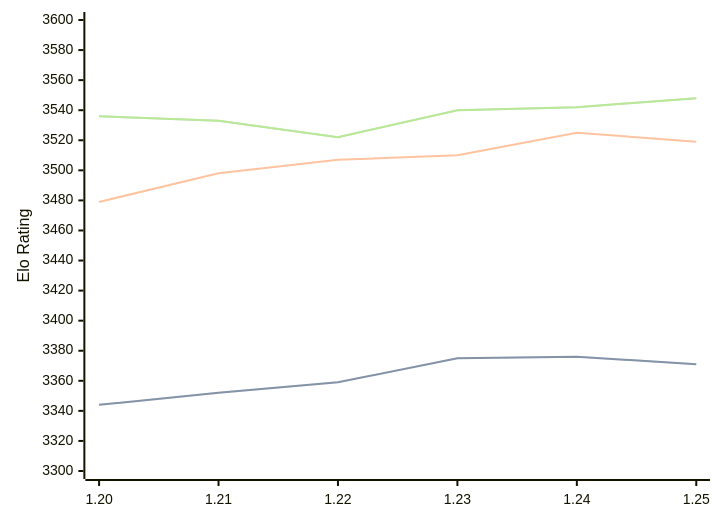
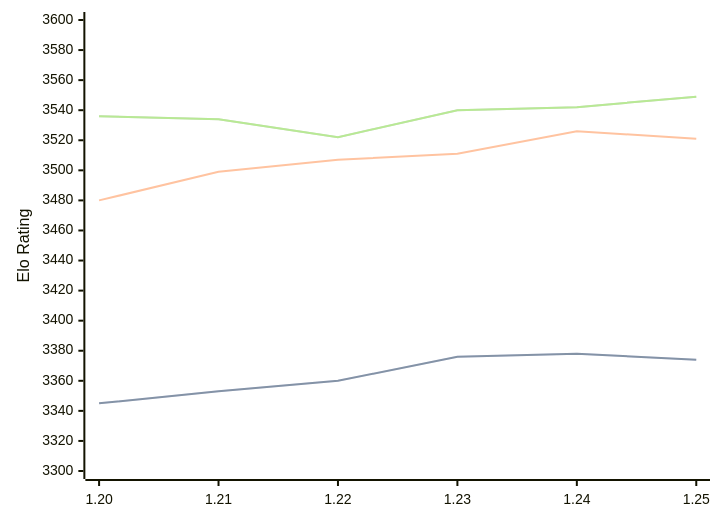
The diagram in engines/Caissa.md (computer-chess-index/cci), drawn with Mermaid before and after one commit. The commit also changed other lines of this file, not shown here.

Commit message:
Update CCI Ratings (ELO VLTC) - 2026-07-25

````diff
--- a/engines/Caissa.md
+++ b/engines/Caissa.md
@@ -65,11 +65,11 @@
 ```mermaid
 %%{init: {"theme":"base","themeVariables":{"seriesColors:['#a3a3a3','#222221','#faa371']}}}%%
 xychart-beta
   x-axis ["1.20", "1.21", "1.22", "1.23", "1.24", "1.25"]
   y-axis "Elo Rating" 3300 --> 3600
-  line "STC (8.0+0.08s)" [3344, 3352, 3359, 3375, 3376, 3371]
-  line "STC (8.0+0.08s)" [3344, 3352, 3359, 3375, 3376, 3371]
-  line "LTC (60.0+0.60s)" [3479, 3498, 3507, 3510, 3525, 3519]
-  line "VLTC (2m24s+1.12s)" [3536, 3533, 3522, 3540, 3542, 3548]
-  line "VLTC (2m24s+1.12s)" [3536, 3533, 3522, 3540, 3542, 3548]
+  line "STC (8.0+0.08s)" [3345, 3353, 3360, 3376, 3378, 3374]
+  line "STC (8.0+0.08s)" [3345, 3353, 3360, 3376, 3378, 3374]
+  line "LTC (60.0+0.60s)" [3480, 3499, 3507, 3511, 3526, 3521]
+  line "VLTC (2m24s+1.12s)" [3536, 3534, 3522, 3540, 3542, 3549]
+  line "VLTC (2m24s+1.12s)" [3536, 3534, 3522, 3540, 3542, 3549]
 ```
````
